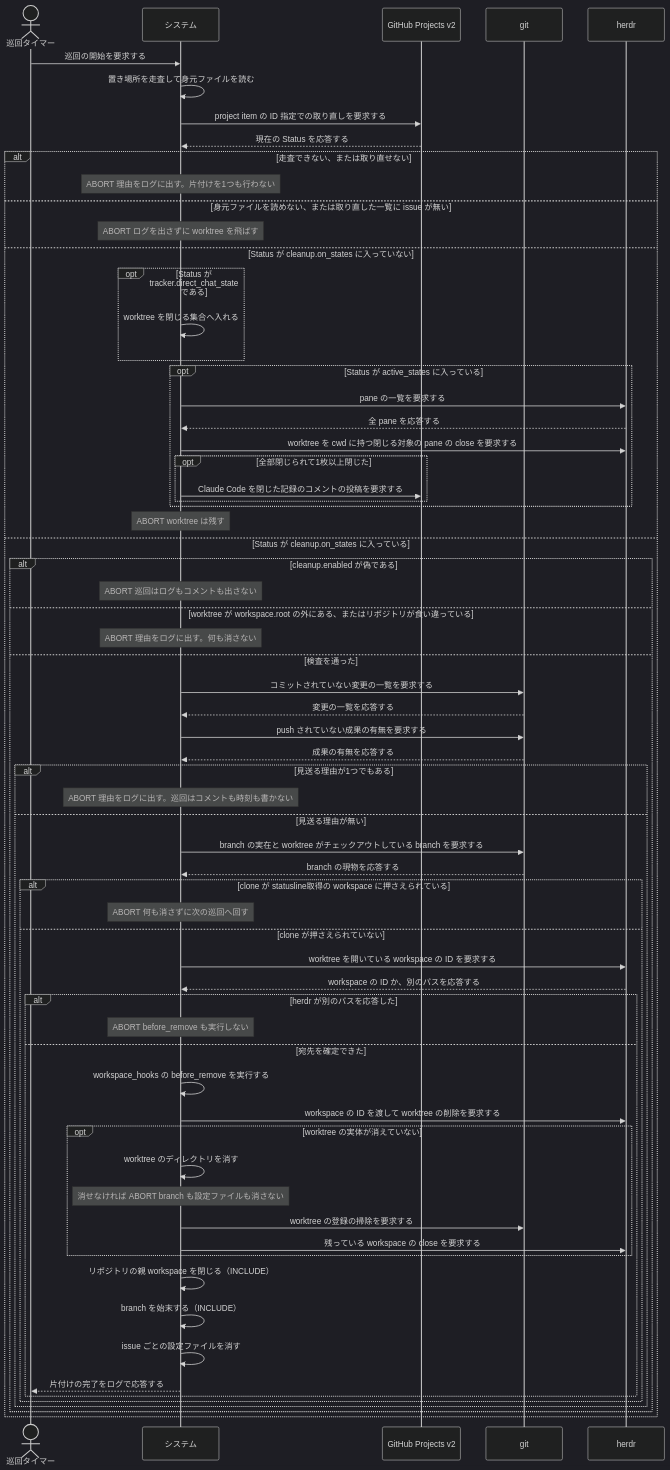
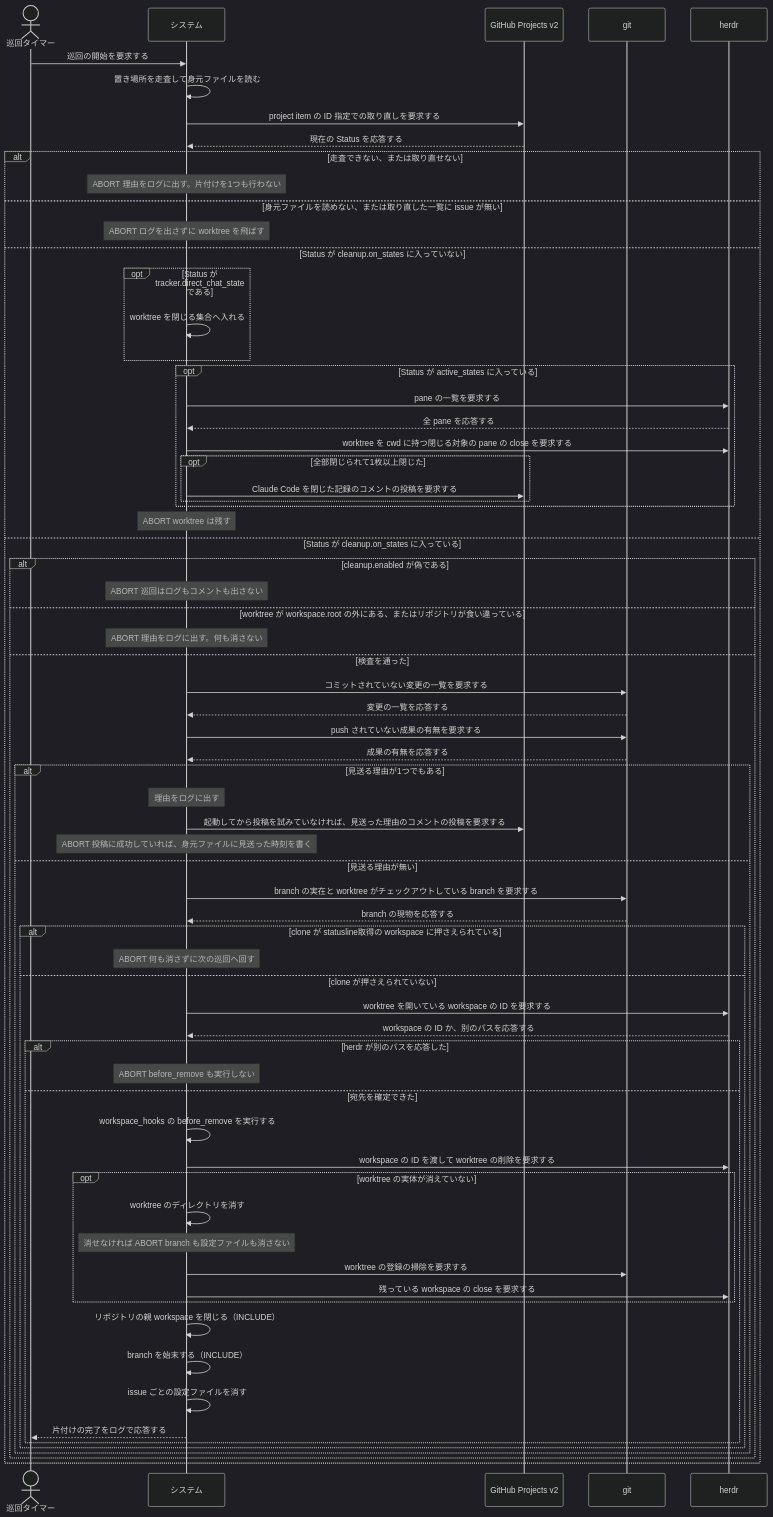
The second of 2 diagrams in docs/spec/usecases/particular_case/worktree と branch を片付ける.rucm.md (maimuzo/continuo), drawn with Mermaid (dark theme) before and after one commit. The commit also changed other lines of this file and 86 other files, not shown here.

````diff
--- a/docs/spec/usecases/particular_case/worktree と branch を片付ける.rucm.md
+++ b/docs/spec/usecases/particular_case/worktree と branch を片付ける.rucm.md
@@ -469,70 +495,72 @@
 ```mermaid
 sequenceDiagram
     actor T as 巡回タイマー
     participant S as システム
     participant GH as GitHub Projects v2
     participant G as git
     participant H as herdr
 
     T->>S: 巡回の開始を要求する
     S->>S: 置き場所を走査して身元ファイルを読む
     S->>GH: project item の ID 指定での取り直しを要求する
     GH-->>S: 現在の Status を応答する
     alt 走査できない、または取り直せない
         Note over S: ABORT 理由をログに出す。片付けを1つも行わない
     else 身元ファイルを読めない、または取り直した一覧に issue が無い
         Note over S: ABORT ログを出さずに worktree を飛ばす
     else Status が cleanup.on_states に入っていない
         opt Status が tracker.direct_chat_state である
             S->>S: worktree を閉じる集合へ入れる
         end
         opt Status が active_states に入っている
             S->>H: pane の一覧を要求する
             H-->>S: 全 pane を応答する
             S->>H: worktree を cwd に持つ閉じる対象の pane の close を要求する
             opt 全部閉じられて1枚以上閉じた
                 S->>GH: Claude Code を閉じた記録のコメントの投稿を要求する
             end
         end
         Note over S: ABORT worktree は残す
     else Status が cleanup.on_states に入っている
         alt cleanup.enabled が偽である
             Note over S: ABORT 巡回はログもコメントも出さない
         else worktree が workspace.root の外にある、またはリポジトリが食い違っている
             Note over S: ABORT 理由をログに出す。何も消さない
         else 検査を通った
             S->>G: コミットされていない変更の一覧を要求する
             G-->>S: 変更の一覧を応答する
             S->>G: push されていない成果の有無を要求する
             G-->>S: 成果の有無を応答する
             alt 見送る理由が1つでもある
-                Note over S: ABORT 理由をログに出す。巡回はコメントも時刻も書かない
+                Note over S: 理由をログに出す
+                S->>GH: 起動してから投稿を試みていなければ、見送った理由のコメントの投稿を要求する
+                Note over S: ABORT 投稿に成功していれば、身元ファイルに見送った時刻を書く
             else 見送る理由が無い
                 S->>G: branch の実在と worktree がチェックアウトしている branch を要求する
                 G-->>S: branch の現物を応答する
                 alt clone が statusline取得の workspace に押さえられている
                     Note over S: ABORT 何も消さずに次の巡回へ回す
                 else clone が押さえられていない
                     S->>H: worktree を開いている workspace の ID を要求する
                     H-->>S: workspace の ID か、別のパスを応答する
                     alt herdr が別のパスを応答した
                         Note over S: ABORT before_remove も実行しない
                     else 宛先を確定できた
                         S->>S: workspace_hooks の before_remove を実行する
                         S->>H: workspace の ID を渡して worktree の削除を要求する
                         opt worktree の実体が消えていない
                             S->>S: worktree のディレクトリを消す
                             Note over S: 消せなければ ABORT branch も設定ファイルも消さない
                             S->>G: worktree の登録の掃除を要求する
                             S->>H: 残っている workspace の close を要求する
                         end
                         S->>S: リポジトリの親 workspace を閉じる（INCLUDE）
                         S->>S: branch を始末する（INCLUDE）
                         S->>S: issue ごとの設定ファイルを消す
                         S-->>T: 片付けの完了をログで応答する
                     end
                 end
             end
         end
     end
 ```
````
